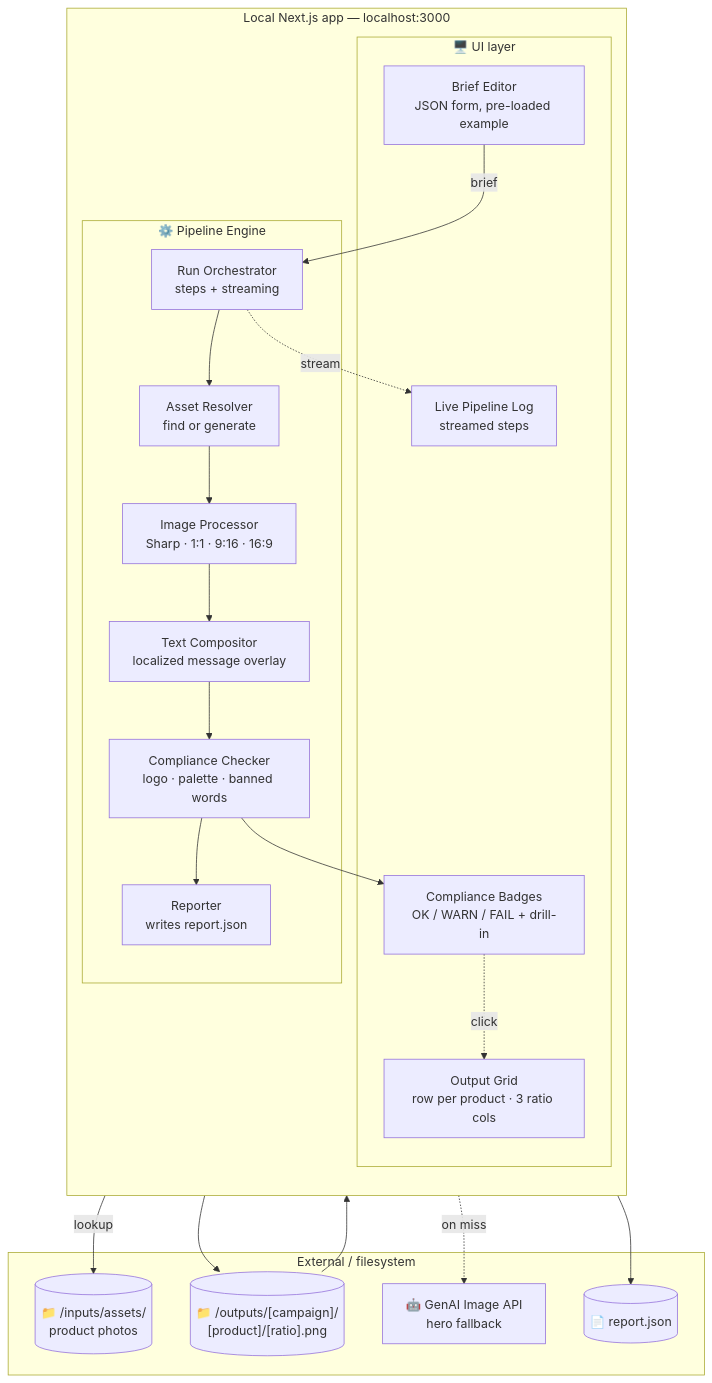
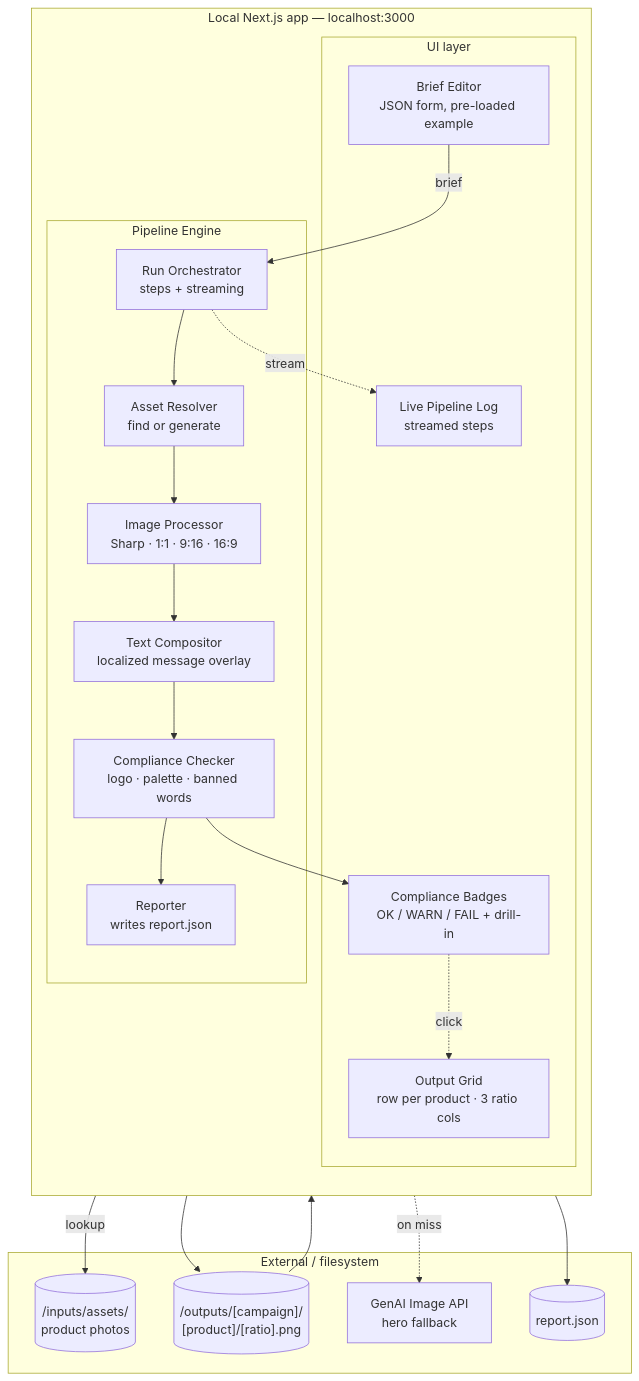
Before and after one commit to arndvs/cast: the third of 5 diagrams in docs/system-map.md, drawn with Mermaid. The commit also changed other lines of this file and 1 other file, not shown here.

First line of the commit message:
docs: remove emojis from system-map and attributes diagrams

````diff
--- a/docs/system-map.md
+++ b/docs/system-map.md
@@ -84,44 +84,44 @@
 ```mermaid
 graph TB
     subgraph External["External / filesystem"]
-        Inputs[("📁 /inputs/assets/<br/>product photos")]
-        Outputs[("📁 /outputs/[campaign]/<br/>[product]/[ratio].png")]
-        GenAI["🤖 GenAI Image API<br/>hero fallback"]
-        ReportFile[("📄 report.json")]
+        Inputs[("/inputs/assets/<br/>product photos")]
+        Outputs[("/outputs/[campaign]/<br/>[product]/[ratio].png")]
+        GenAI["GenAI Image API<br/>hero fallback"]
+        ReportFile[("report.json")]
     end
 
     subgraph App["Local Next.js app — localhost:3000"]
         direction TB
 
-        subgraph UI["🖥️ UI layer"]
+        subgraph UI["UI layer"]
             Editor["Brief Editor<br/>JSON form, pre-loaded example"]
             LogView["Live Pipeline Log<br/>streamed steps"]
             Grid["Output Grid<br/>row per product · 3 ratio cols"]
             BadgeUI["Compliance Badges<br/>OK / WARN / FAIL + drill-in"]
         end
 
-        subgraph Engine["⚙️ Pipeline Engine"]
+        subgraph Engine["Pipeline Engine"]
             Orchestrator["Run Orchestrator<br/>steps + streaming"]
             Resolver["Asset Resolver<br/>find or generate"]
             Resizer["Image Processor<br/>Sharp · 1:1 · 9:16 · 16:9"]
             Compositor["Text Compositor<br/>localized message overlay"]
             Checker["Compliance Checker<br/>logo · palette · banned words"]
             Reporter["Reporter<br/>writes report.json"]
         end
     end
 
     Editor -->|brief| Orchestrator
     Orchestrator --> Resolver
     Resolver -->|lookup| Inputs
     Resolver -.->|on miss| GenAI
     Resolver --> Resizer
     Resizer --> Compositor
     Compositor --> Checker
     Compositor --> Outputs
     Checker --> Reporter
     Reporter --> ReportFile
     Orchestrator -.->|stream| LogView
     Outputs --> Grid
     Checker --> BadgeUI
     BadgeUI -.->|click| Grid
 ```
````
